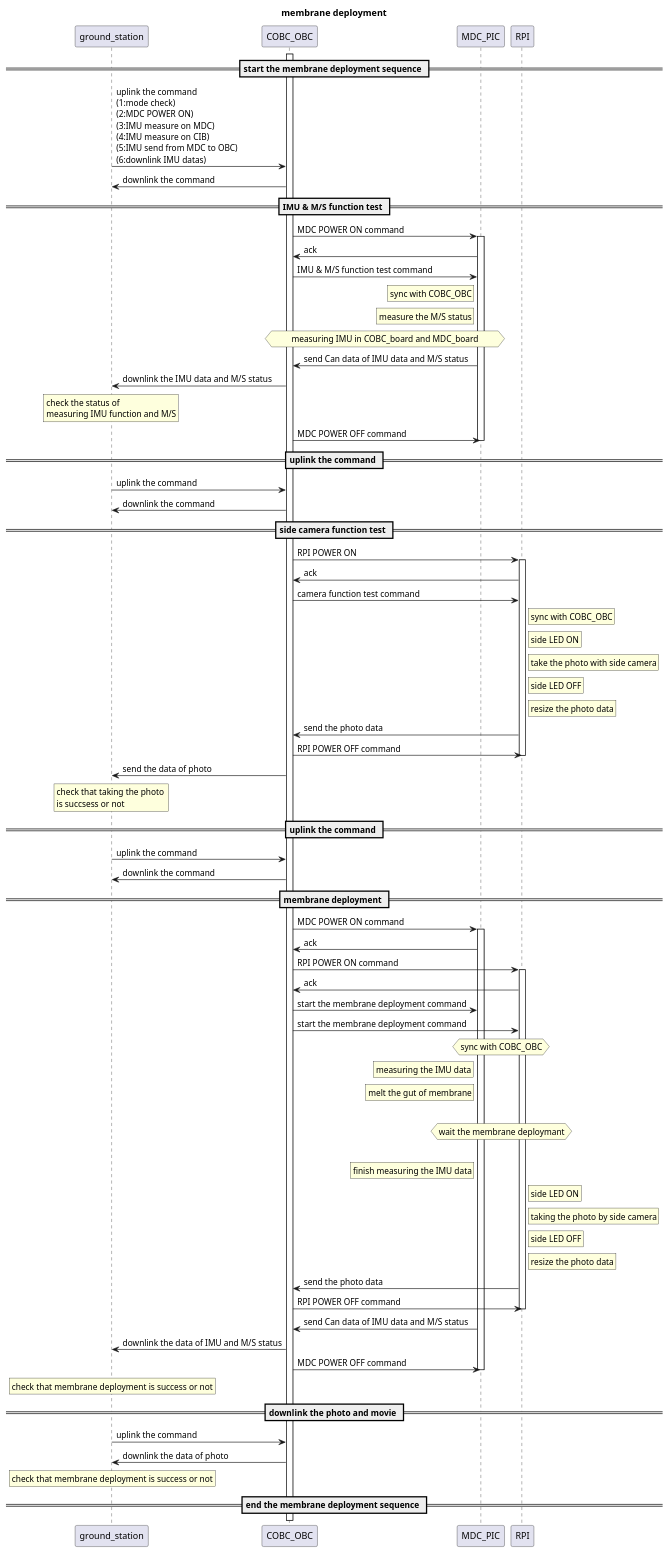
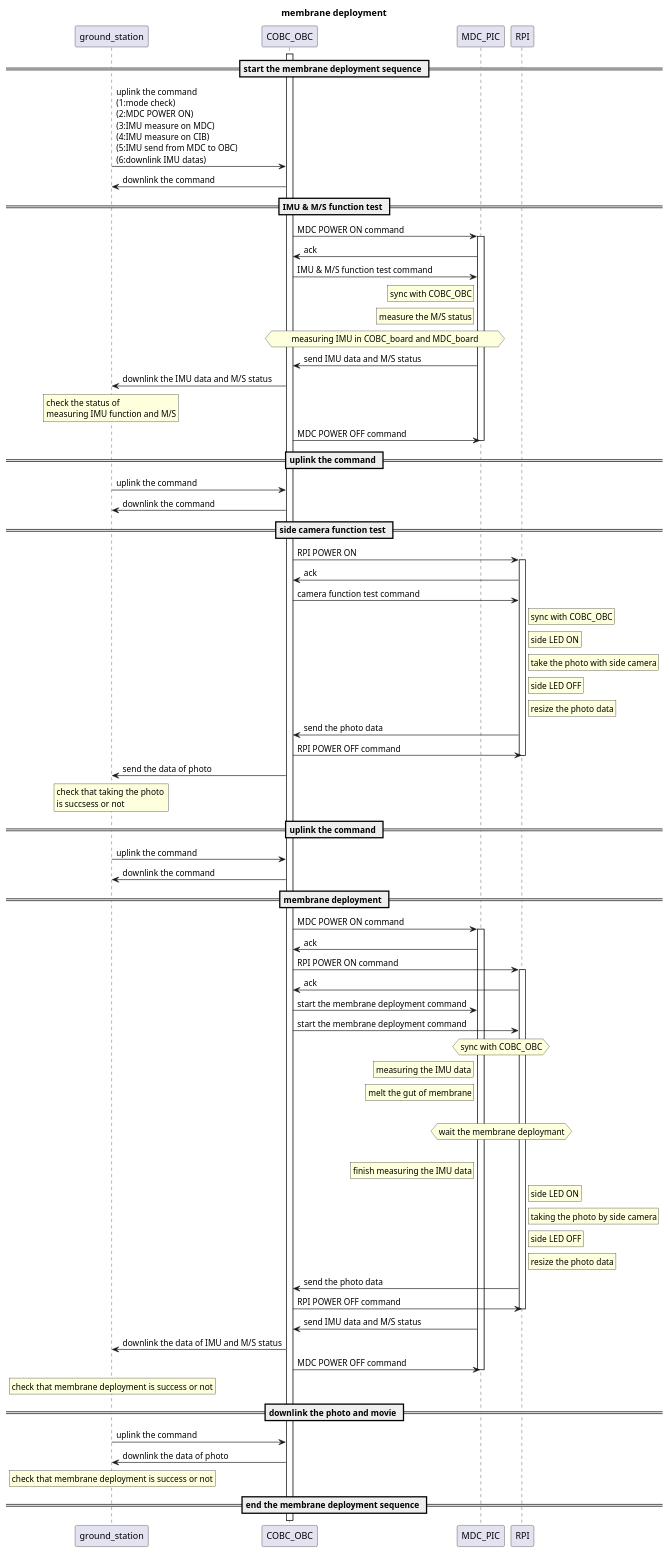
One commit to OrigamiSat1Project/Operation_UML changed the diagram in sequence_map/membrane_deployment_not_extension.pu. Above: the diagram before and after it, drawn with PlantUML. The commit also changed other lines of this file and 1 other file, not shown here.

```diff
--- a/sequence_map/membrane_deployment_not_extension.pu
+++ b/sequence_map/membrane_deployment_not_extension.pu
@@ -3,87 +3,87 @@
 @startuml
 title membrane deployment
 
 participant ground_station
 participant COBC_OBC
 participant MDC_PIC
 participant RPI
 
 == start the membrane deployment sequence ==
 activate COBC_OBC
 ground_station -> COBC_OBC: uplink the command \n(1:mode check) \n(2:MDC POWER ON) \n(3:IMU measure on MDC) \n(4:IMU measure on CIB) \n(5:IMU send from MDC to OBC) \n(6:downlink IMU datas)
 COBC_OBC -> ground_station: downlink the command 
 
 == IMU & M/S function test ==
 COBC_OBC -> MDC_PIC         : MDC POWER ON command
 activate MDC_PIC
 MDC_PIC  -> COBC_OBC        : ack
 COBC_OBC -> MDC_PIC         : IMU & M/S function test command
 rnote left of MDC_PIC       : sync with COBC_OBC
 rnote left of MDC_PIC       : measure the M/S status
 hnote over COBC_OBC, MDC_PIC: measuring IMU in COBC_board and MDC_board
-MDC_PIC  -> COBC_OBC        : send Can data of IMU data and M/S status
+MDC_PIC  -> COBC_OBC        : send IMU data and M/S status
 COBC_OBC -> ground_station  : downlink the IMU data and M/S status
 rnote over ground_station   : check the status of \nmeasuring IMU function and M/S
 COBC_OBC -> MDC_PIC         : MDC POWER OFF command
 deactivate MDC_PIC
 
 == uplink the command ==
 ground_station -> COBC_OBC  : uplink the command
 COBC_OBC -> ground_station  : downlink the command
 
 == side camera function test ==
 COBC_OBC -> RPI             : RPI POWER ON
 activate RPI
 RPI -> COBC_OBC             : ack
 COBC_OBC -> RPI             : camera function test command
 rnote right of RPI          : sync with COBC_OBC
 rnote right of RPI          : side LED ON
 rnote right of RPI          : take the photo with side camera
 rnote right of RPI          : side LED OFF
 rnote right of RPI          : resize the photo data
 RPI -> COBC_OBC             : send the photo data
 COBC_OBC -> RPI             : RPI POWER OFF command
 deactivate RPI
 COBC_OBC -> ground_station  : send the data of photo
 rnote over ground_station   : check that taking the photo \nis succsess or not
 
 == uplink the command ==
 ground_station -> COBC_OBC  : uplink the command
 COBC_OBC -> ground_station  : downlink the command
 
 == membrane deployment ==
 COBC_OBC -> MDC_PIC         : MDC POWER ON command
 activate MDC_PIC
 MDC_PIC -> COBC_OBC         : ack
 COBC_OBC -> RPI             : RPI POWER ON command
 activate RPI
 RPI -> COBC_OBC             : ack
 COBC_OBC -> MDC_PIC         : start the membrane deployment command
 COBC_OBC -> RPI             : start the membrane deployment command
 hnote over MDC_PIC, RPI     : sync with COBC_OBC
 rnote left of MDC_PIC       : measuring the IMU data
 rnote left of MDC_PIC       : melt the gut of membrane
 |||
 hnote over RPI,MDC_PIC      : wait the membrane deploymant
 |||
 rnote left of MDC_PIC       : finish measuring the IMU data
 rnote right of RPI          : side LED ON
 rnote right of RPI          : taking the photo by side camera
 rnote right of RPI          : side LED OFF
 rnote right of RPI          : resize the photo data
 RPI -> COBC_OBC             : send the photo data
 COBC_OBC -> RPI             : RPI POWER OFF command
 deactivate RPI
-MDC_PIC -> COBC_OBC         : send Can data of IMU data and M/S status
+MDC_PIC -> COBC_OBC         : send IMU data and M/S status
 COBC_OBC -> ground_station  : downlink the data of IMU and M/S status
 COBC_OBC -> MDC_PIC         : MDC POWER OFF command
 deactivate MDC_PIC
 rnote over ground_station   : check that membrane deployment is success or not
 
 == downlink the photo and movie ==
 ground_station -> COBC_OBC  : uplink the command
 COBC_OBC -> ground_station  : downlink the data of photo
 rnote over ground_station   : check that membrane deployment is success or not
 
 == end the membrane deployment sequence ==
 @enduml
```
